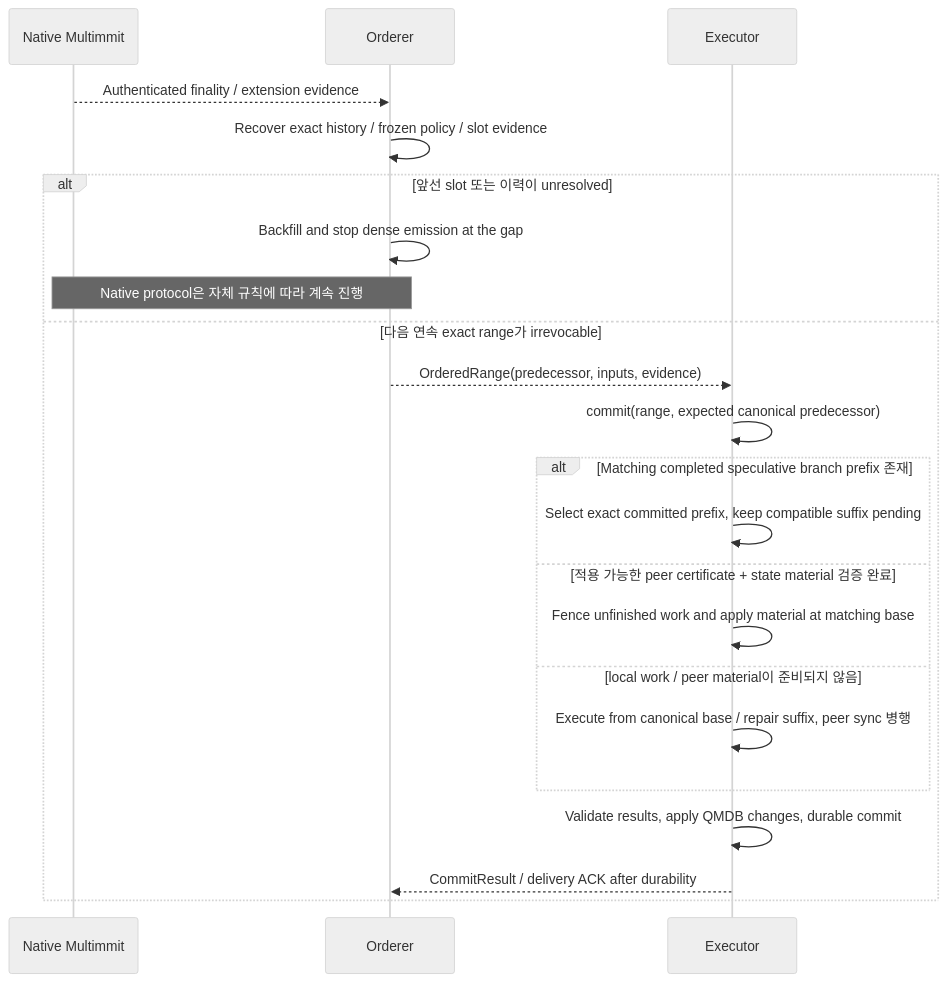
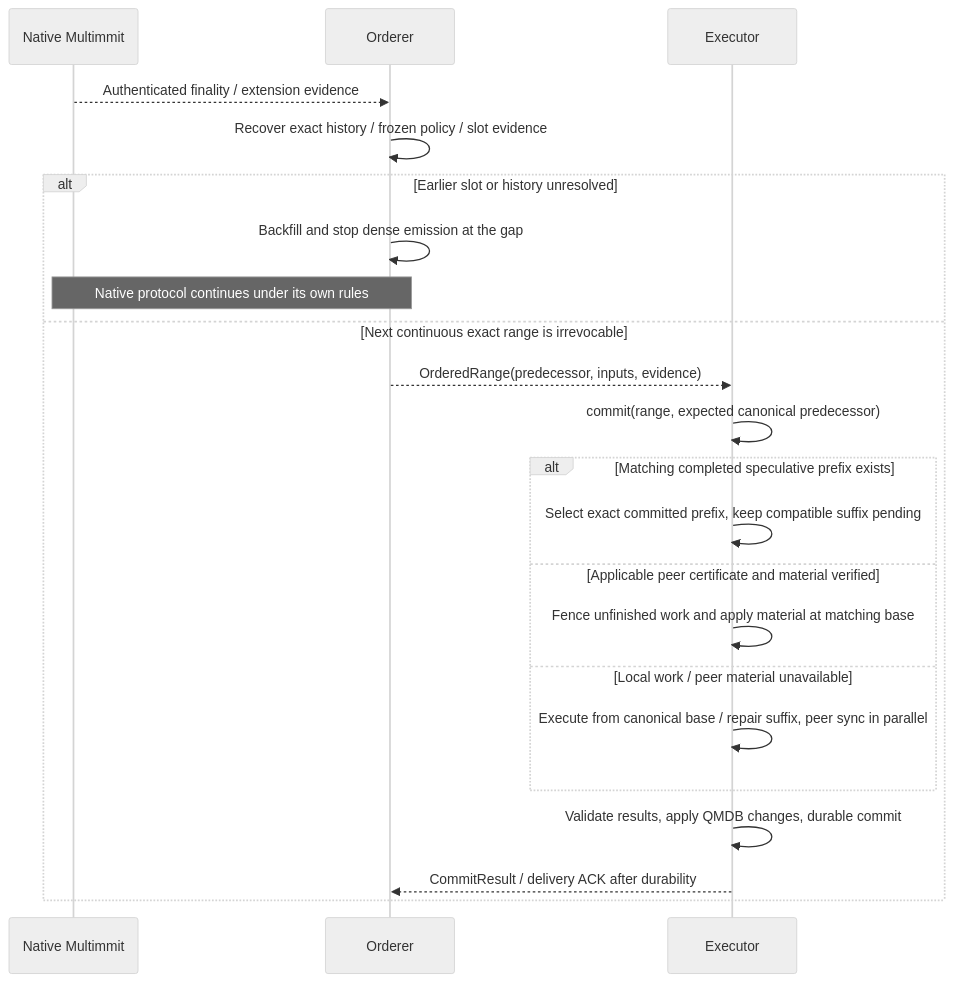
One commit to djm07073/baton-research changed the first of 2 diagrams in docs/e2e/canonical.md. Above: the diagram before and after it, drawn with Mermaid (neutral theme). The commit also changed other lines of this file and 99 other files, not shown here.

````diff
--- a/docs/e2e/canonical.md
+++ b/docs/e2e/canonical.md
@@ -7,24 +7,24 @@
 ```mermaid
 sequenceDiagram
     participant N as Native Multimmit
     participant M as Orderer
     participant E as Executor
     N-->>M: Authenticated finality / extension evidence
     M->>M: Recover exact history / frozen policy / slot evidence
-    alt 앞선 slot 또는 이력이 unresolved
+    alt Earlier slot or history unresolved
         M->>M: Backfill and stop dense emission at the gap
-        Note over N,M: Native protocol은 자체 규칙에 따라 계속 진행
-    else 다음 연속 exact range가 irrevocable
+        Note over N,M: Native protocol continues under its own rules
+    else Next continuous exact range is irrevocable
         M-->>E: OrderedRange(predecessor, inputs, evidence)
         E->>E: commit(range, expected canonical predecessor)
-        alt Matching completed speculative branch prefix 존재
+        alt Matching completed speculative prefix exists
             E->>E: Select exact committed prefix, keep compatible suffix pending
-        else 적용 가능한 peer certificate + state material 검증 완료
+        else Applicable peer certificate and material verified
             E->>E: Fence unfinished work and apply material at matching base
-        else local work / peer material이 준비되지 않음
-            E->>E: Execute from canonical base / repair suffix, peer sync 병행
+        else Local work / peer material unavailable
+            E->>E: Execute from canonical base / repair suffix, peer sync in parallel
         end
         E->>E: Validate results, apply QMDB changes, durable commit
         E-->>M: CommitResult / delivery ACK after durability
     end
 ```
````
